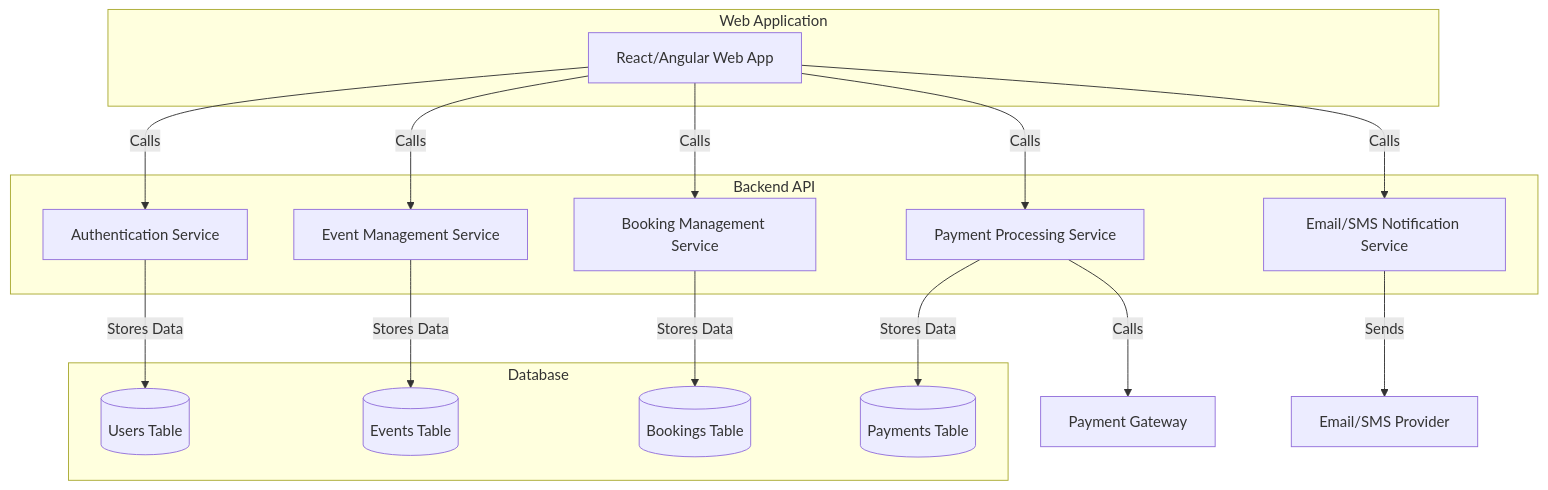
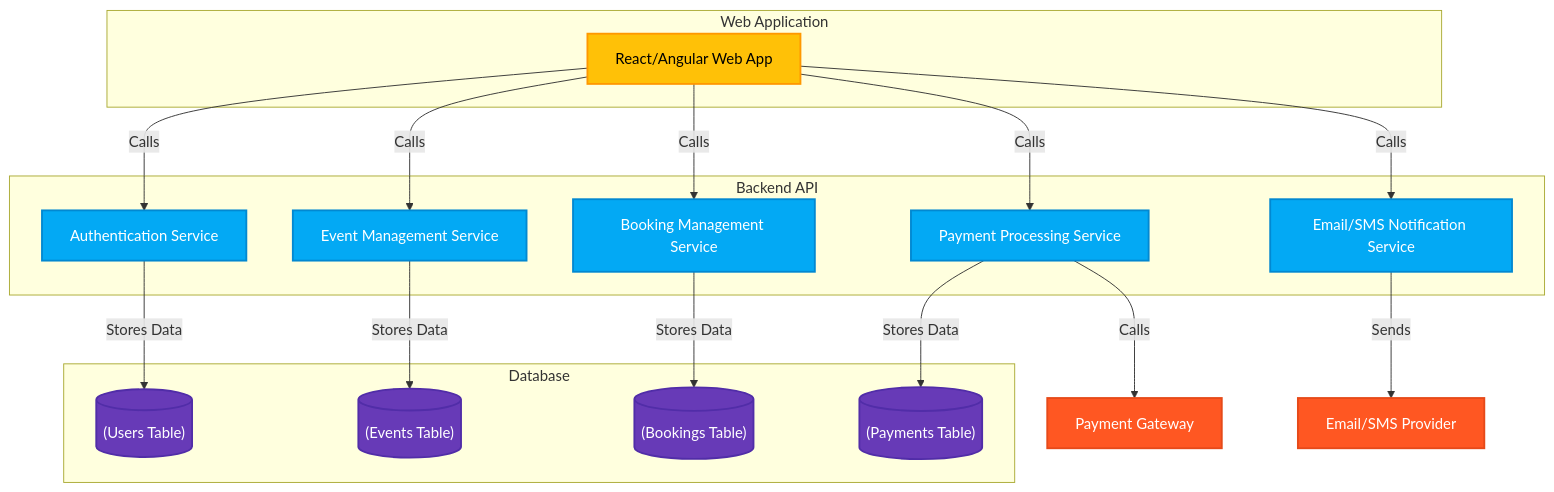
One commit to celeste-smith/event-booking-system changed the second of 4 diagrams in ARCHITECTURE.md. Above: the diagram before and after it, drawn with Mermaid.

Commit message:
Update ARCHITECTURE.md
styling change

````diff
--- a/ARCHITECTURE.md
+++ b/ARCHITECTURE.md
@@ -73,35 +73,48 @@
 ```mermaid
 graph TD;
+    classDef frontendStyle fill:#FFC107,stroke:#FF9800,stroke-width:2px,color:black;
+    classDef backendStyle fill:#03A9F4,stroke:#0288D1,stroke-width:2px,color:white;
+    classDef dbStyle fill:#673AB7,stroke:#512DA8,stroke-width:2px,color:white;
+    classDef externalStyle fill:#FF5722,stroke:#E64A19,stroke-width:2px,color:white;
+
     subgraph Web Application
-        Frontend[React/Angular Web App]
+        Frontend["React/Angular Web App"]
     end
     
     subgraph Backend API
-        AuthService[Authentication Service]
-        EventService[Event Management Service]
-        BookingService[Booking Management Service]
-        PaymentService[Payment Processing Service]
-        NotificationService[Email/SMS Notification Service]
+        AuthService["Authentication Service"]
+        EventService["Event Management Service"]
+        BookingService["Booking Management Service"]
+        PaymentService["Payment Processing Service"]
+        NotificationService["Email/SMS Notification Service"]
     end
     
     subgraph Database
-        UsersTable[(Users Table)]
-        EventsTable[(Events Table)]
-        BookingsTable[(Bookings Table)]
-        PaymentsTable[(Payments Table)]
+        UsersTable[("(Users Table)")]
+        EventsTable[("(Events Table)")]
+        BookingsTable[("(Bookings Table)")]
+        PaymentsTable[("(Payments Table)")]
     end
-    
+
+    %% Relationships
     Frontend -- Calls --> AuthService;
     Frontend -- Calls --> EventService;
     Frontend -- Calls --> BookingService;
     Frontend -- Calls --> PaymentService;
     Frontend -- Calls --> NotificationService;
     
     AuthService -- Stores Data --> UsersTable;
     EventService -- Stores Data --> EventsTable;
     BookingService -- Stores Data --> BookingsTable;
     PaymentService -- Stores Data --> PaymentsTable;
     
-    PaymentService -- Calls --> PaymentGateway[Payment Gateway];
-    NotificationService -- Sends --> EmailSMS[Email/SMS Provider];
+    PaymentService -- Calls --> PaymentGateway["Payment Gateway"];
+    NotificationService -- Sends --> EmailSMS["Email/SMS Provider"];
+
+    %% Apply styles
+    class Frontend frontendStyle;
+    class AuthService,EventService,BookingService,PaymentService,NotificationService backendStyle;
+    class UsersTable,EventsTable,BookingsTable,PaymentsTable dbStyle;
+    class PaymentGateway,EmailSMS externalStyle;
+
 ```
````
